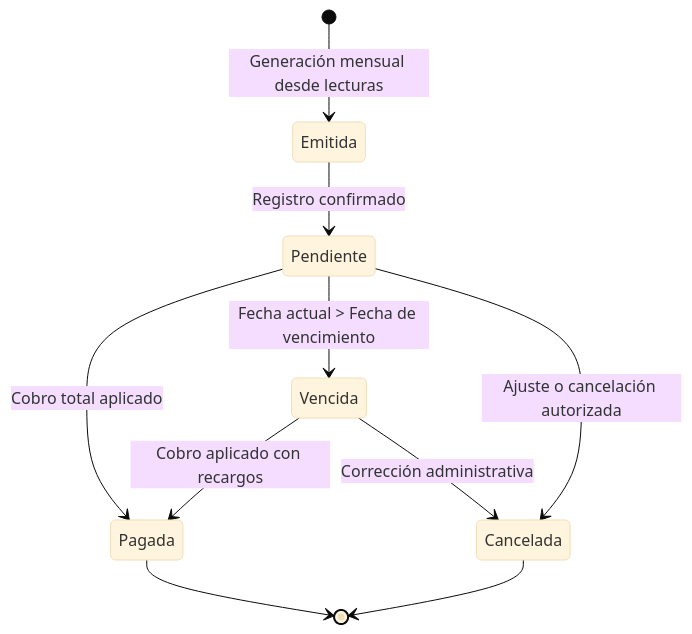
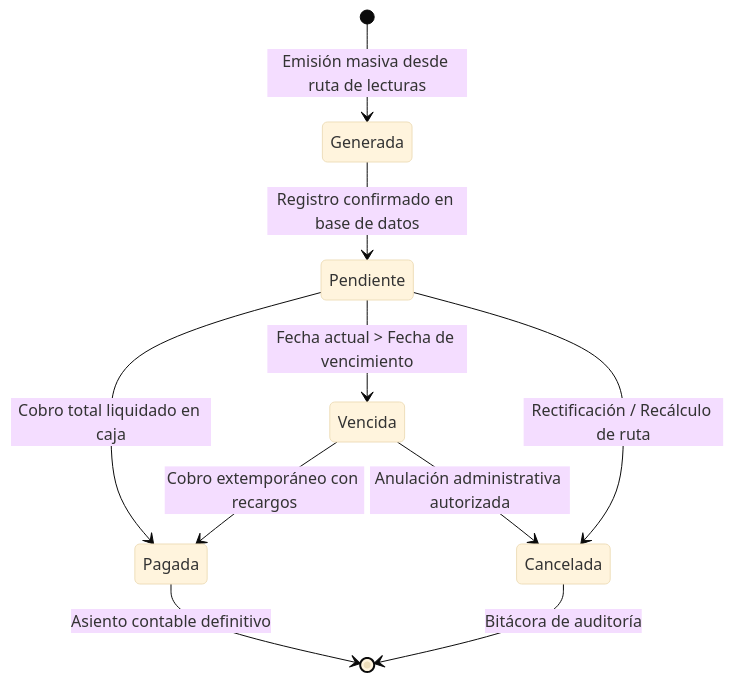
One commit to Mahynlo/AGUA-VP changed the diagram in ayuda/facturas/Ciclo de Vida y Estados de Facturas.md. Above: the diagram before and after it, drawn with Mermaid (base theme). The commit also changed other lines of this file and 45 other files, not shown here.

````diff
--- a/ayuda/facturas/Ciclo de Vida y Estados de Facturas.md
+++ b/ayuda/facturas/Ciclo de Vida y Estados de Facturas.md
@@ -20,12 +17,12 @@
 ```mermaid
 stateDiagram-v2
-    [*] --> Emitida : Generación mensual desde lecturas
-    Emitida --> Pendiente : Registro confirmado
-    Pendiente --> Pagada : Cobro total aplicado
+    [*] --> Generada : Emisión masiva desde ruta de lecturas
+    Generada --> Pendiente : Registro confirmado en base de datos
+    Pendiente --> Pagada : Cobro total liquidado en caja
     Pendiente --> Vencida : Fecha actual > Fecha de vencimiento
-    Vencida --> Pagada : Cobro aplicado con recargos
-    Pendiente --> Cancelada : Ajuste o cancelación autorizada
-    Vencida --> Cancelada : Corrección administrativa
-    Pagada --> [*]
-    Cancelada --> [*]
+    Vencida --> Pagada : Cobro extemporáneo con recargos
+    Pendiente --> Cancelada : Rectificación / Recálculo de ruta
+    Vencida --> Cancelada : Anulación administrativa autorizada
+    Pagada --> [*] : Asiento contable definitivo
+    Cancelada --> [*] : Bitácora de auditoría
 ```
````
